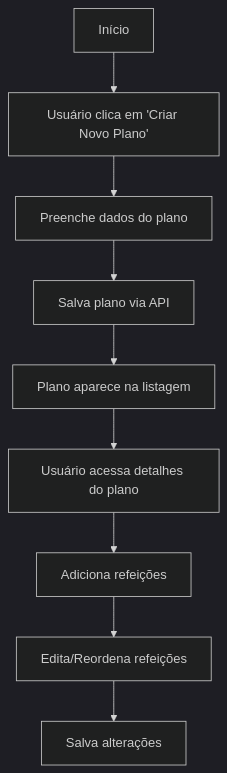
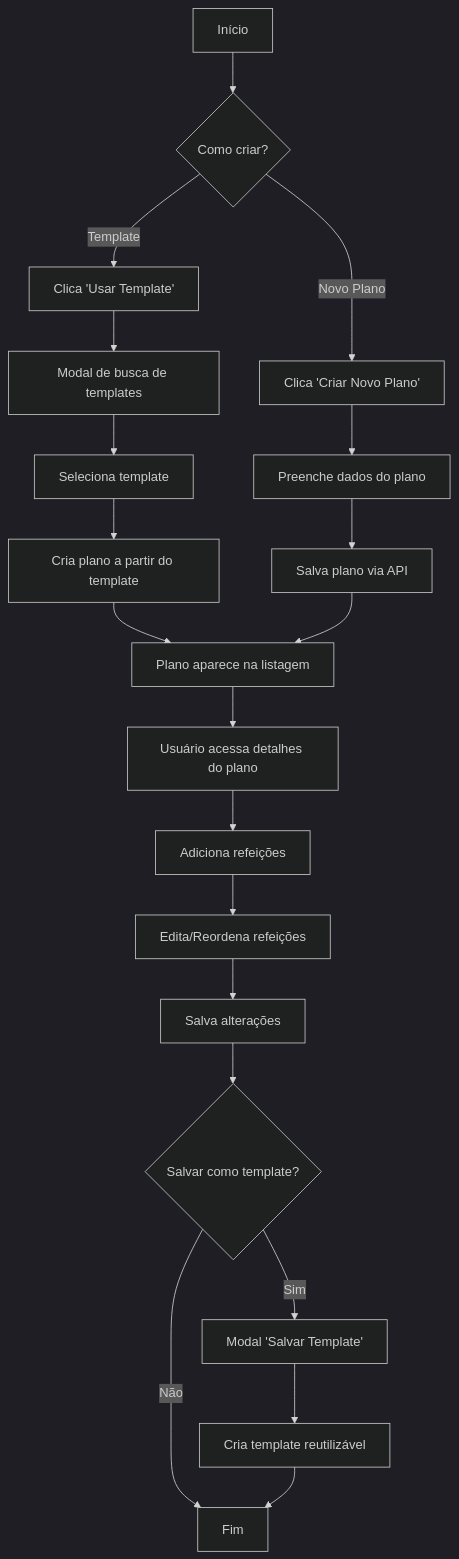
Before and after one commit to danielbcarvalho/smart-nutri: the first of 2 diagrams in frontend/src/modules/meal-plan/MEAL_PLAN_MODULE_DOCUMENTATION.md, drawn with Mermaid (dark theme). The commit also changed other lines of this file and 26 other files, not shown here.

````diff
--- a/frontend/src/modules/meal-plan/MEAL_PLAN_MODULE_DOCUMENTATION.md
+++ b/frontend/src/modules/meal-plan/MEAL_PLAN_MODULE_DOCUMENTATION.md
@@ -222,11 +351,27 @@
 ```mermaid
 flowchart TD
-  Start[Início] --> NovoPlano[Usuário clica em 'Criar Novo Plano']
+  Start[Início] --> Choice{Como criar?}
+  
+  Choice -->|Novo Plano| NovoPlano[Clica 'Criar Novo Plano']
+  Choice -->|Template| UsarTemplate[Clica 'Usar Template']
+  
   NovoPlano --> Form[Preenche dados do plano]
   Form --> Salvar[Salva plano via API]
+  
+  UsarTemplate --> BuscaTemplate[Modal de busca de templates]
+  BuscaTemplate --> SelecionaTemplate[Seleciona template]
+  SelecionaTemplate --> CriaDeTemplate[Cria plano a partir do template]
+  CriaDeTemplate --> Listagem
+  
   Salvar --> Listagem[Plano aparece na listagem]
   Listagem --> Detalhes[Usuário acessa detalhes do plano]
   Detalhes --> AdicionaRefeicao[Adiciona refeições]
   AdicionaRefeicao --> EditaRefeicao[Edita/Reordena refeições]
   EditaRefeicao --> SalvaRefeicao[Salva alterações]
+  
+  SalvaRefeicao --> SalvarTemplate{Salvar como template?}
+  SalvarTemplate -->|Sim| ModalTemplate[Modal 'Salvar Template']
+  SalvarTemplate -->|Não| Fim[Fim]
+  ModalTemplate --> CriaTemplate[Cria template reutilizável]
+  CriaTemplate --> Fim
 ```
````
